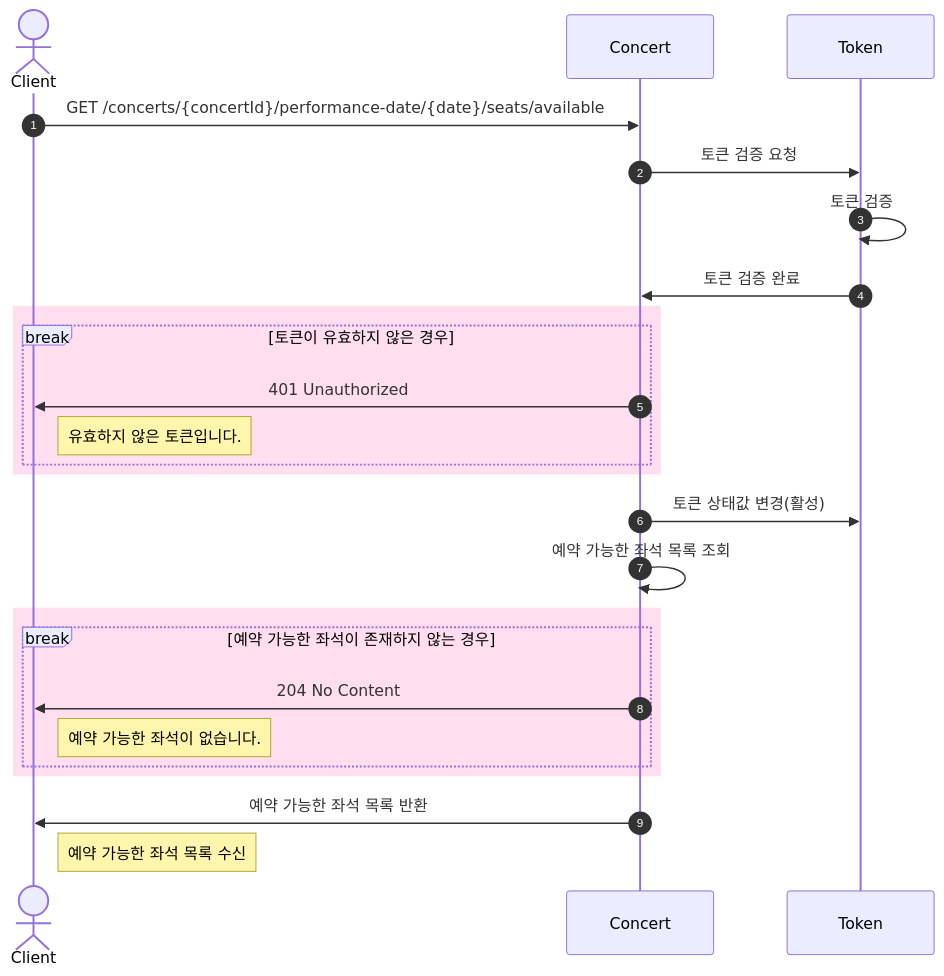
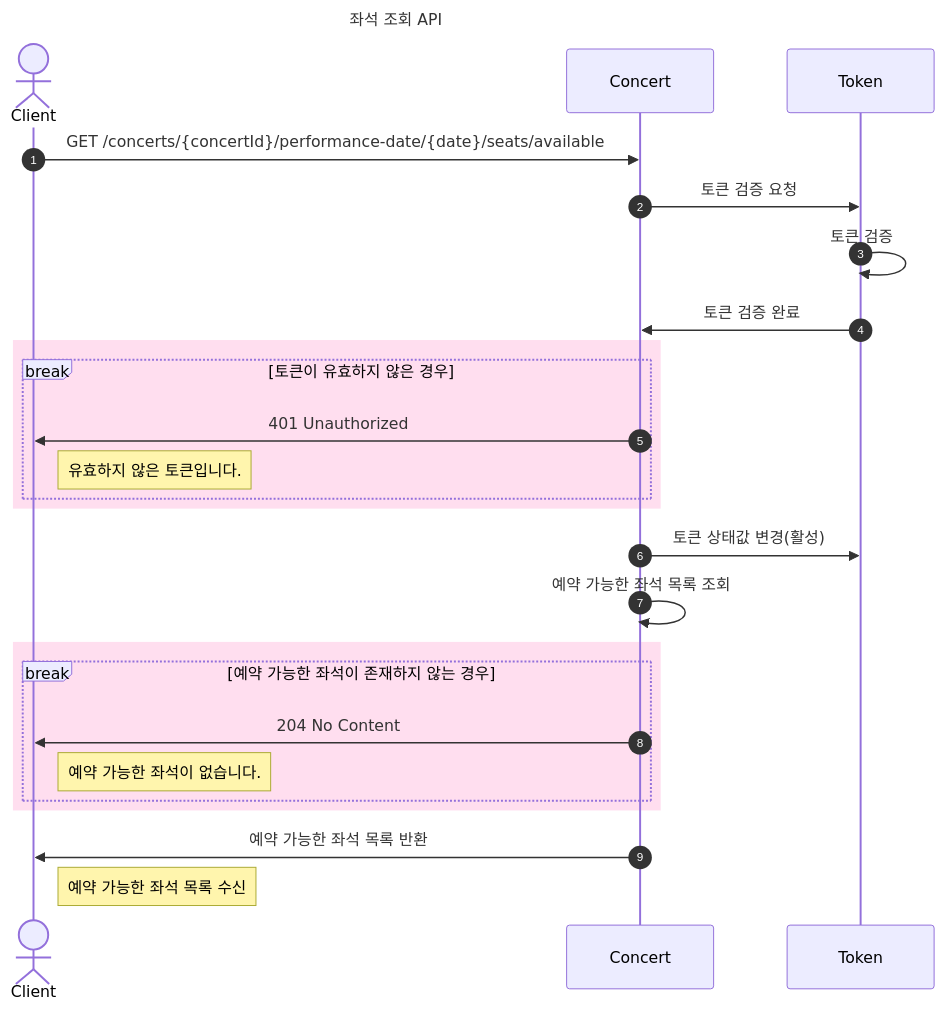
The fourth of 8 diagrams in README.md (Yn3-3xh/hanghaeplus-concert-reservation-service), drawn with Mermaid before and after one commit. The commit also changed other lines of this file, not shown here.

Commit message:
step5/update: README - Sequence Diagram title

````diff
--- a/README.md
+++ b/README.md
@@ -124,31 +129,34 @@
 ``` mermaid
+---
+title: 좌석 조회 API
+---
 sequenceDiagram
 autonumber
 
 actor Client
 
 Client->>Concert: GET /concerts/{concertId}/performance-date/{date}/seats/available
 
 Concert->>Token: 토큰 검증 요청
 Token->>Token: 토큰 검증
 Token->>Concert: 토큰 검증 완료
 
 rect rgb(255, 222, 239)
     break 토큰이 유효하지 않은 경우
         Concert->>Client: 401 Unauthorized
         Note right of Client: 유효하지 않은 토큰입니다.
     end
 end
 
 Concert->>Token: 토큰 상태값 변경(활성)
 Concert->>Concert: 예약 가능한 좌석 목록 조회
 rect rgb(255, 222, 239)
     break 예약 가능한 좌석이 존재하지 않는 경우
         Concert->>Client: 204 No Content
         Note right of Client: 예약 가능한 좌석이 없습니다.
     end
 end
 
 Concert->>Client: 예약 가능한 좌석 목록 반환
 Note right of Client: 예약 가능한 좌석 목록 수신
 ```
````
